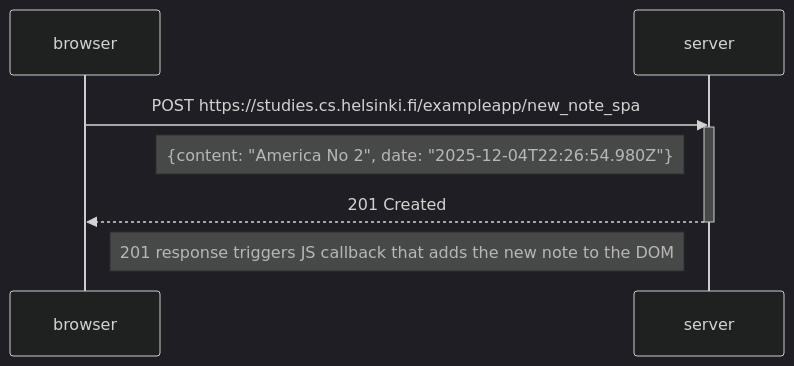
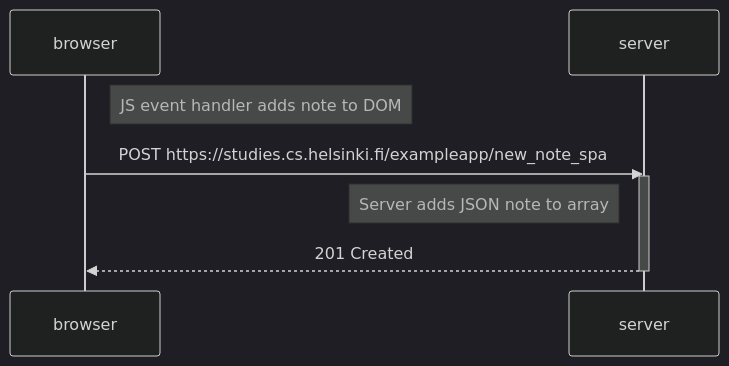
One commit to jeem203/Full-Stack-Open changed the diagram in part0/ex6-new-note-spa-diagram.md. Above: the diagram before and after it, drawn with Mermaid (dark theme). The commit also changed 1 other file, not shown here.

Commit message:
Update solutions to exercises 0.4 and 0.6

````diff
--- a/part0/ex6-new-note-spa-diagram.md
+++ b/part0/ex6-new-note-spa-diagram.md
@@ -5,12 +5,11 @@
 ```mermaid
 sequenceDiagram
     participant browser
     participant server
-
+    Note right of browser: JS event handler adds note to DOM
     browser->>server: POST https://studies.cs.helsinki.fi/exampleapp/new_note_spa
     activate server
-    Note left of server: {content: "America No 2", date: "2025-12-04T22:26:54.980Z"}
+    Note left of server: Server adds JSON note to array
     server-->>browser: 201 Created
     deactivate server
-    Note right of browser: 201 response triggers JS callback that adds the new note to the DOM
 ```
````
